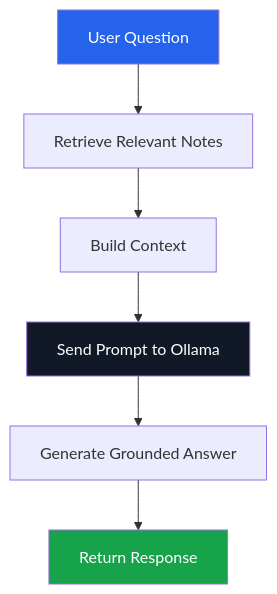
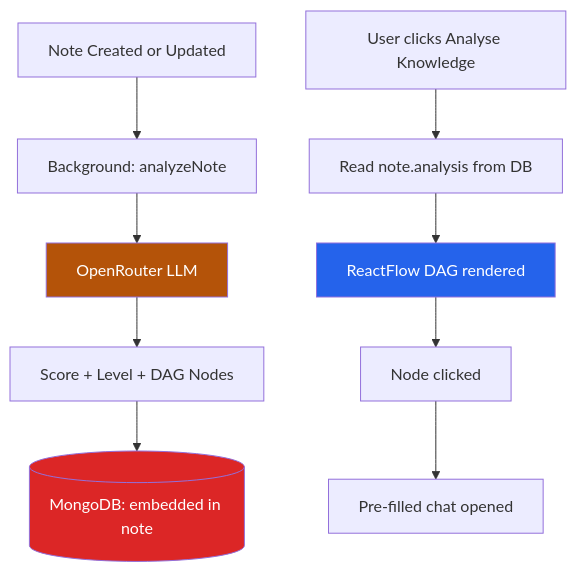
The second of 3 diagrams in README.md (aryanpatil-07/SecondBrain), drawn with Mermaid before and after one commit. The commit also changed other lines of this file, not shown here.

````diff
--- a/README.md
+++ b/README.md
@@ -275,12 +387,16 @@
 ```mermaid
 flowchart TD
-    A[User Question] --> B[Retrieve Relevant Notes]
-    B --> C[Build Context]
-    C --> D[Send Prompt to Ollama]
-    D --> E[Generate Grounded Answer]
-    E --> F[Return Response]
+    A[Note Created or Updated] --> B[Background: analyzeNote]
+    B --> C[OpenRouter LLM]
+    C --> D[Score + Level + DAG Nodes]
+    D --> E[(MongoDB: embedded in note)]
 
-    style A fill:#2563eb,color:#fff
-    style D fill:#111827,color:#fff
-    style F fill:#16a34a,color:#fff
+    F[User clicks Analyse Knowledge] --> G[Read note.analysis from DB]
+    G --> H[ReactFlow DAG rendered]
+    H --> I[Node clicked]
+    I --> J[Pre-filled chat opened]
+
+    style C fill:#b45309,color:#fff
+    style E fill:#dc2626,color:#fff
+    style H fill:#2563eb,color:#fff
 ```
````
